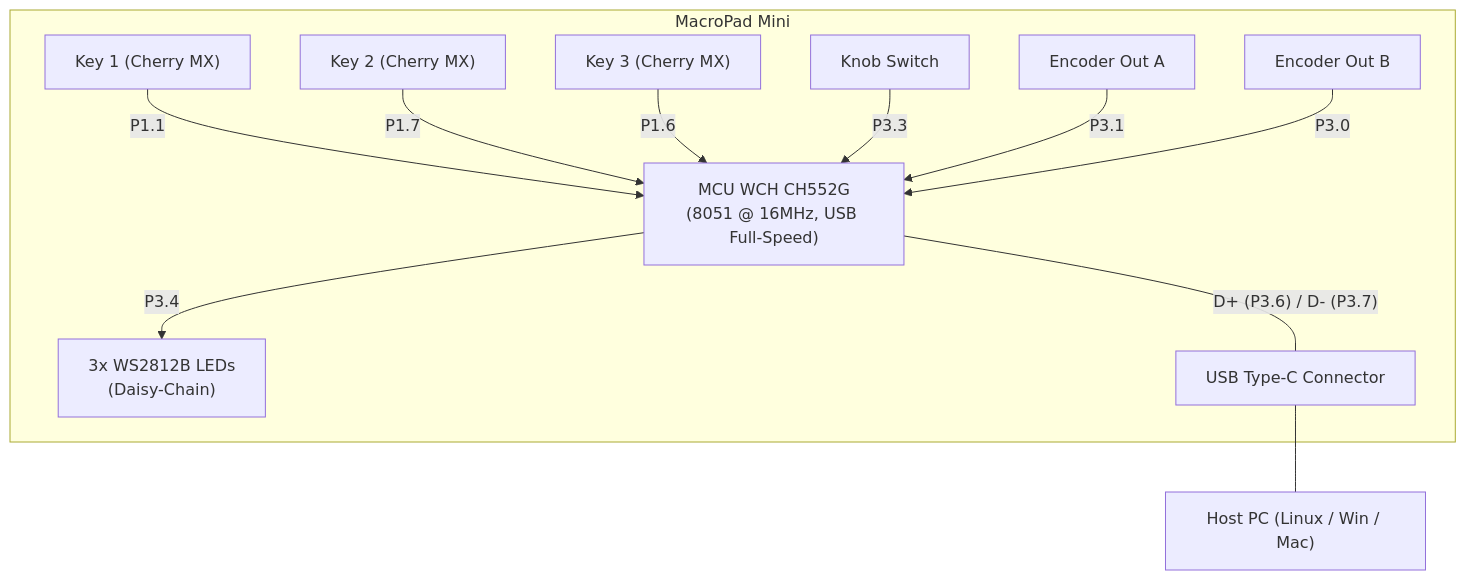
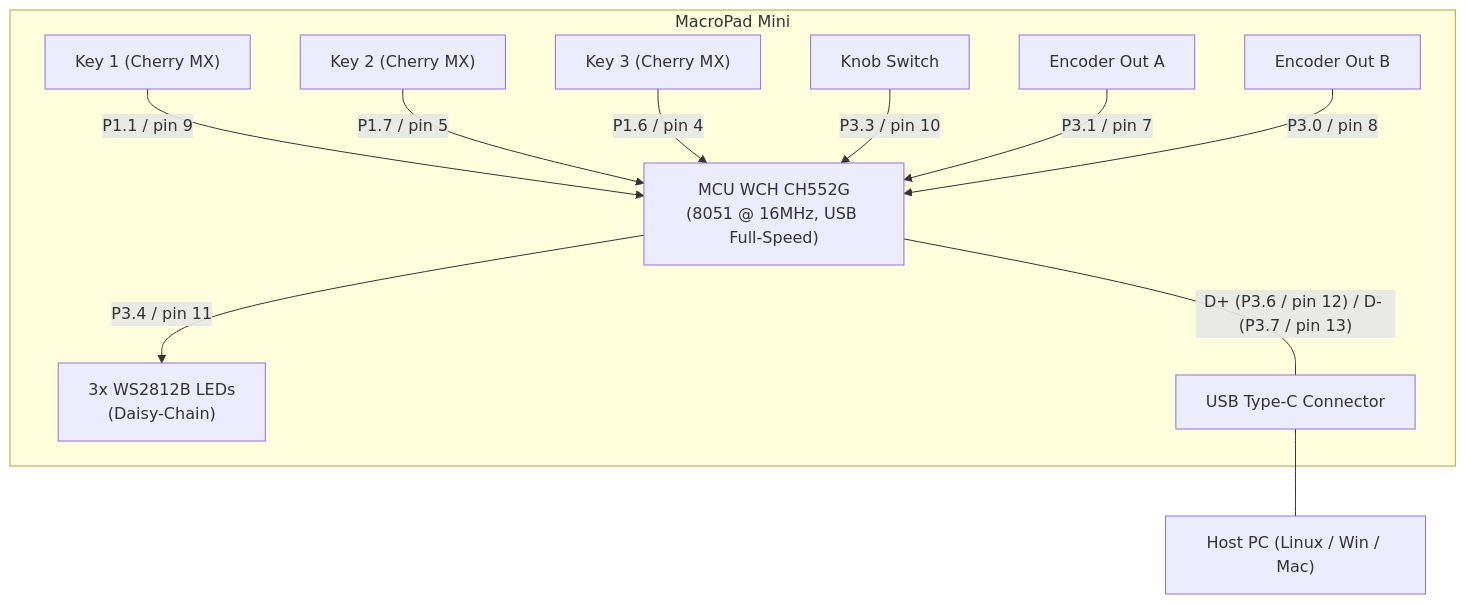
One commit to marianoboragno/Macropad-3-keys-1-knob changed the diagram in README.md. Above: the diagram before and after it, drawn with Mermaid. The commit also changed other lines of this file and 8 other files, not shown here.

````diff
--- a/README.md
+++ b/README.md
@@ -20,18 +20,18 @@
 ```mermaid
 flowchart TD
     subgraph Hardware ["MacroPad Mini"]
         MCU["MCU WCH CH552G<br>(8051 @ 16MHz, USB Full-Speed)"]
-        SW1["Key 1 (Cherry MX)"] -->|P1.1| MCU
-        SW2["Key 2 (Cherry MX)"] -->|P1.7| MCU
-        SW3["Key 3 (Cherry MX)"] -->|P1.6| MCU
-        ENC_SW["Knob Switch"] -->|P3.3| MCU
-        ENC_A["Encoder Out A"] -->|P3.1| MCU
-        ENC_B["Encoder Out B"] -->|P3.0| MCU
-        MCU -->|P3.4| NEO["3x WS2812B LEDs<br>(Daisy-Chain)"]
+        SW1["Key 1 (Cherry MX)"] -->|"P1.1 / pin 9"| MCU
+        SW2["Key 2 (Cherry MX)"] -->|"P1.7 / pin 5"| MCU
+        SW3["Key 3 (Cherry MX)"] -->|"P1.6 / pin 4"| MCU
+        ENC_SW["Knob Switch"] -->|"P3.3 / pin 10"| MCU
+        ENC_A["Encoder Out A"] -->|"P3.1 / pin 7"| MCU
+        ENC_B["Encoder Out B"] -->|"P3.0 / pin 8"| MCU
+        MCU -->|"P3.4 / pin 11"| NEO["3x WS2812B LEDs<br>(Daisy-Chain)"]
         
         USB["USB Type-C Connector"]
-        MCU --- |"D+ (P3.6) / D- (P3.7)"| USB
+        MCU --- |"D+ (P3.6 / pin 12) / D- (P3.7 / pin 13)"| USB
     end
     
     USB --- Host["Host PC (Linux / Win / Mac)"]
 ```
````
